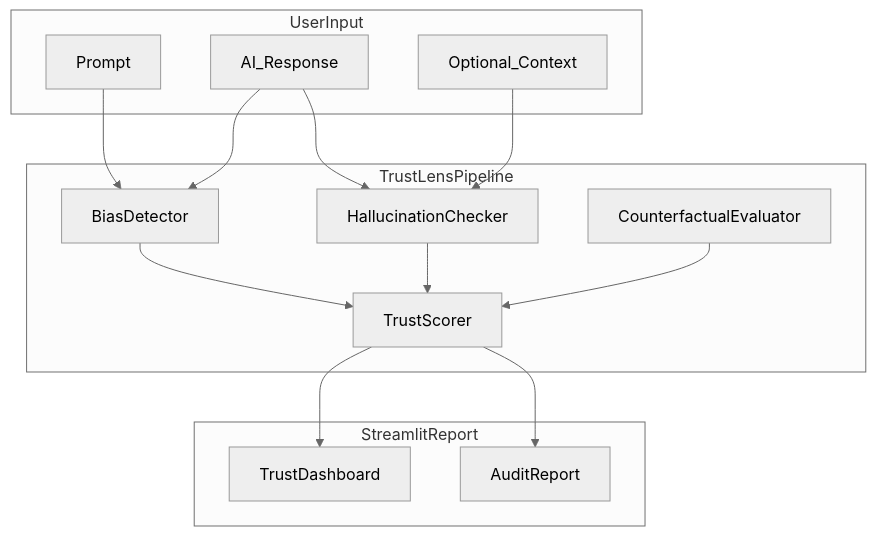
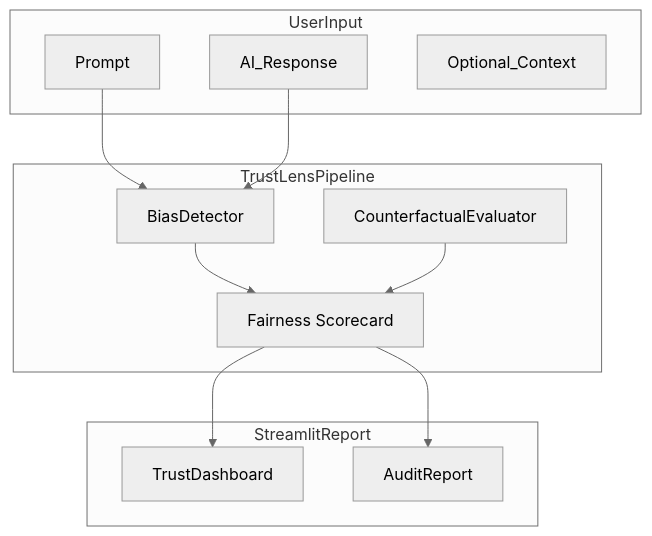
The diagram in README.md (euph0x1/TrustLens-ML-Bias-Detection), drawn with Mermaid (neutral theme) before and after one commit. The commit also changed other lines of this file, not shown here.

````diff
--- a/README.md
+++ b/README.md
@@ -13,30 +13,26 @@
 ```mermaid
 flowchart TB
     subgraph input [UserInput]
         Prompt[Prompt]
         Response[AI_Response]
         Context[Optional_Context]
     end
 
     subgraph pipeline [TrustLensPipeline]
         BiasMod[BiasDetector]
-        HalluMod[HallucinationChecker]
         FairMod[CounterfactualEvaluator]
-        Scorer[TrustScorer]
+        Score[Fairness Scorecard]
     end
 
     subgraph output [StreamlitReport]
         Dashboard[TrustDashboard]
         Report[AuditReport]
     end
 
     Prompt --> BiasMod
     Response --> BiasMod
-    Response --> HalluMod
-    Context --> HalluMod
-    BiasMod --> Scorer
-    HalluMod --> Scorer
-    FairMod --> Scorer
-    Scorer --> Dashboard
-    Scorer --> Report
+    BiasMod --> Score
+    FairMod --> Score
+    Score --> Dashboard
+    Score --> Report
 ```
````
